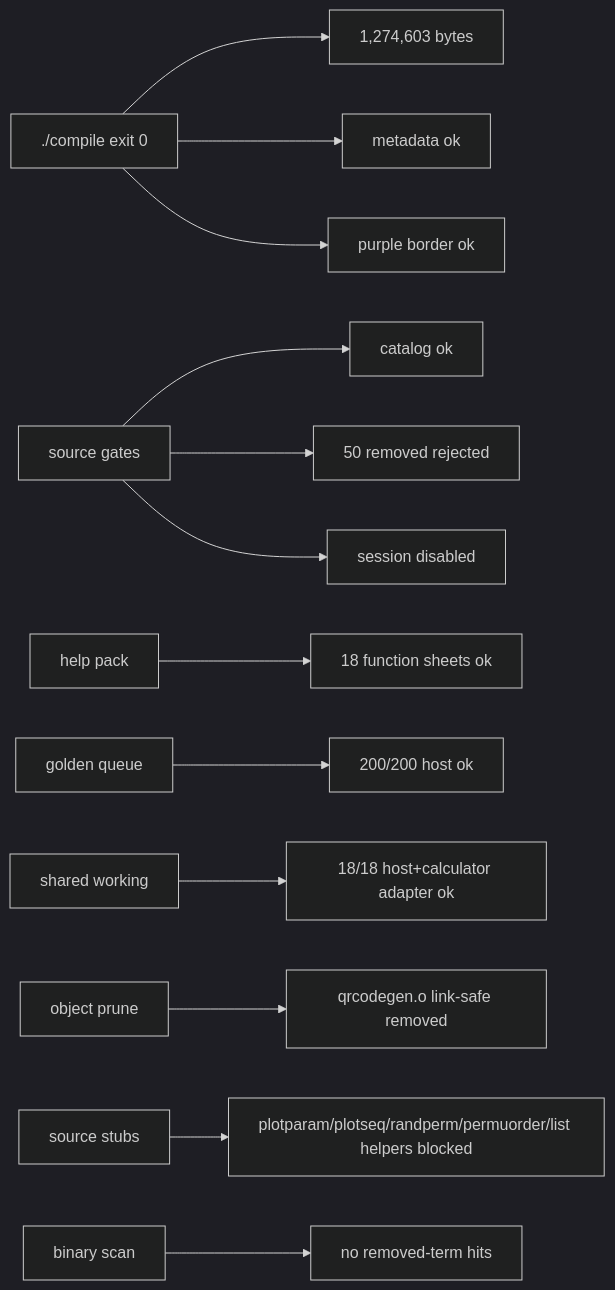
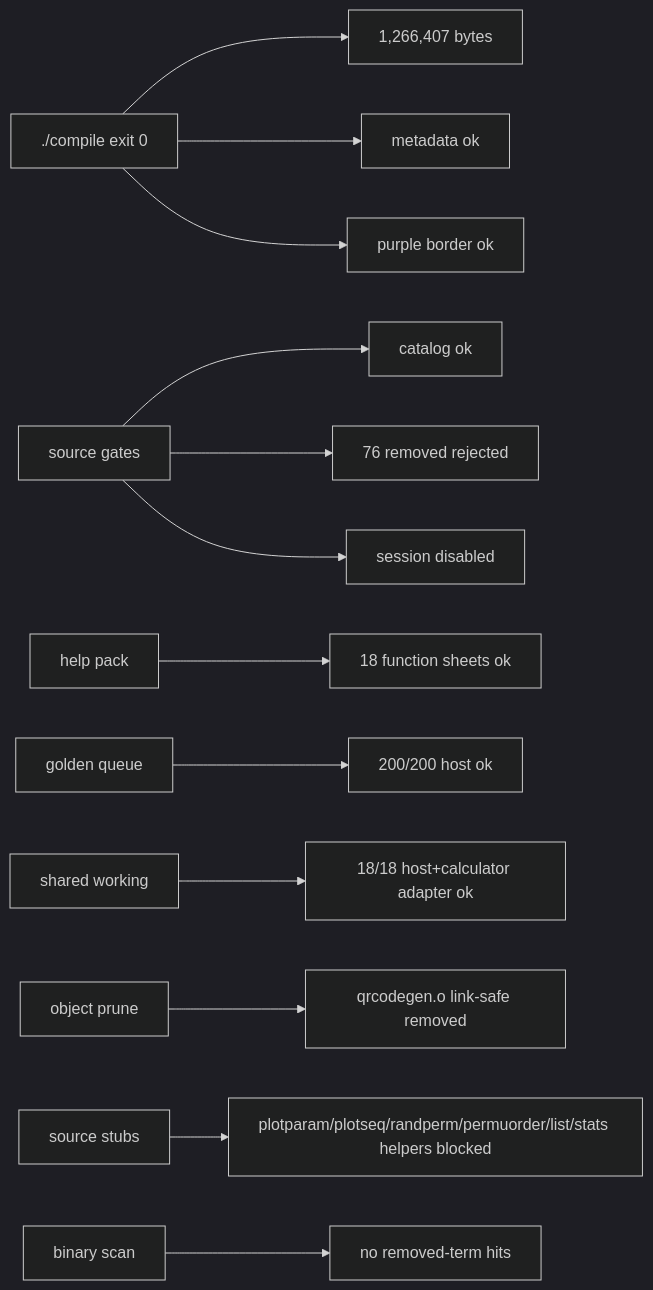
One commit to james8464/notes-addin-casio-fx-cg50 changed the seventh of 7 diagrams in docs/GRAPH.md. Above: the diagram before and after it, drawn with Mermaid (dark theme). The commit also changed other lines of this file and 9 other files, not shown here.

Commit message:
prune public stats and probability helpers

````diff
--- a/docs/GRAPH.md
+++ b/docs/GRAPH.md
@@ -114,15 +118,15 @@
 ```mermaid
 graph LR
-  Build["./compile exit 0"] --> Size["1,274,603 bytes"]
+  Build["./compile exit 0"] --> Size["1,266,407 bytes"]
   Build --> Meta["metadata ok"]
   Build --> Border["purple border ok"]
   Source["source gates"] --> Catalog["catalog ok"]
-  Source --> Removed["50 removed rejected"]
+  Source --> Removed["76 removed rejected"]
   Source --> Session["session disabled"]
   Help["help pack"] --> HelpQ["18 function sheets ok"]
   Queue["golden queue"] --> QueueRun["200/200 host ok"]
   Shared["shared working"] --> SharedRun["18/18 host+calculator adapter ok"]
   Obj["object prune"] --> QR["qrcodegen.o link-safe removed"]
-  Macro["source stubs"] --> Stubbed["plotparam/plotseq/randperm/permuorder/list helpers blocked"]
+  Macro["source stubs"] --> Stubbed["plotparam/plotseq/randperm/permuorder/list/stats helpers blocked"]
   Bin["binary scan"] --> NoLeak["no removed-term hits"]
 ```
````
